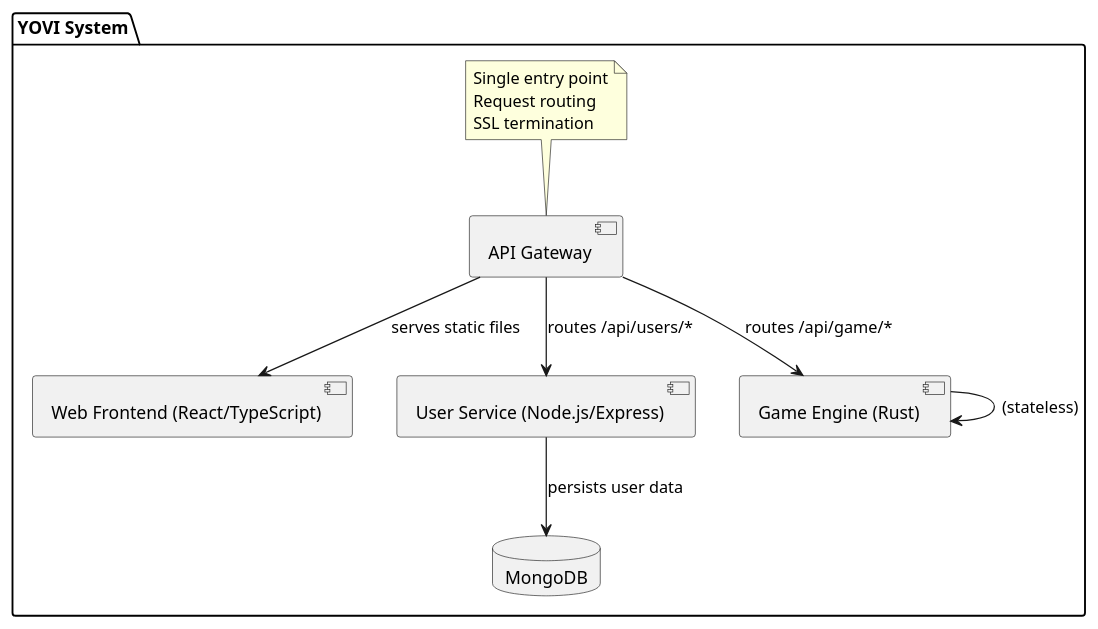
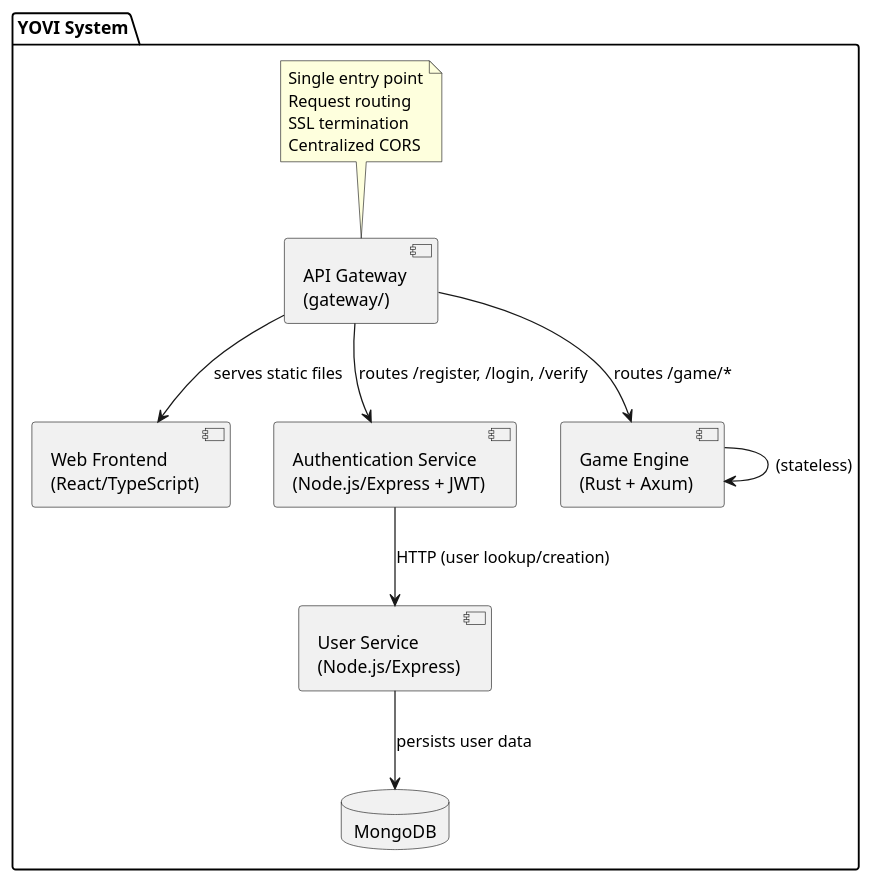
The diagram in docs/src/04_solution_strategy.adoc (Arquisoft/yovi_en2c), drawn with PlantUML before and after one commit. The commit also changed other lines of this file, not shown here.

Commit message:
Update solution strategy to reflect current five-service architecture and all eight ADRs. Add Authentication Service to decomposition diagram, Middleware pattern to design patterns table, and JWT/i18n to traceability constraints.

```diff
--- a/docs/src/04_solution_strategy.adoc
+++ b/docs/src/04_solution_strategy.adoc
@@ -44,30 +46,35 @@
 [plantuml,"Service Decomposition",png]
 ----
 @startuml
 package "YOVI System" {
 
-  component "API Gateway" as Gateway
+  component "API Gateway\n(gateway/)" as Gateway
 
-  component "Web Frontend (React/TypeScript)" as Webapp
+  component "Web Frontend\n(React/TypeScript)" as Webapp
 
-  component "User Service (Node.js/Express)" as Users
+  component "Authentication Service\n(Node.js/Express + JWT)" as Auth
 
-  component "Game Engine (Rust)" as Gamey
+  component "User Service\n(Node.js/Express)" as Users
+
+  component "Game Engine\n(Rust + Axum)" as Gamey
 
   database "MongoDB" as DB
 
   Gateway --> Webapp : serves static files
-  Gateway --> Users : routes /api/users/*
-  Gateway --> Gamey : routes /api/game/*
+  Gateway --> Auth : routes /register, /login, /verify
+  Gateway --> Gamey : routes /game/*
 
+  Auth --> Users : HTTP (user lookup/creation)
   Users --> DB : persists user data
   Gamey --> Gamey : (stateless)
 
   note top of Gateway
     Single entry point
     Request routing
     SSL termination
+    Centralized CORS
   end note
 
+}
 @enduml
 ----
```
